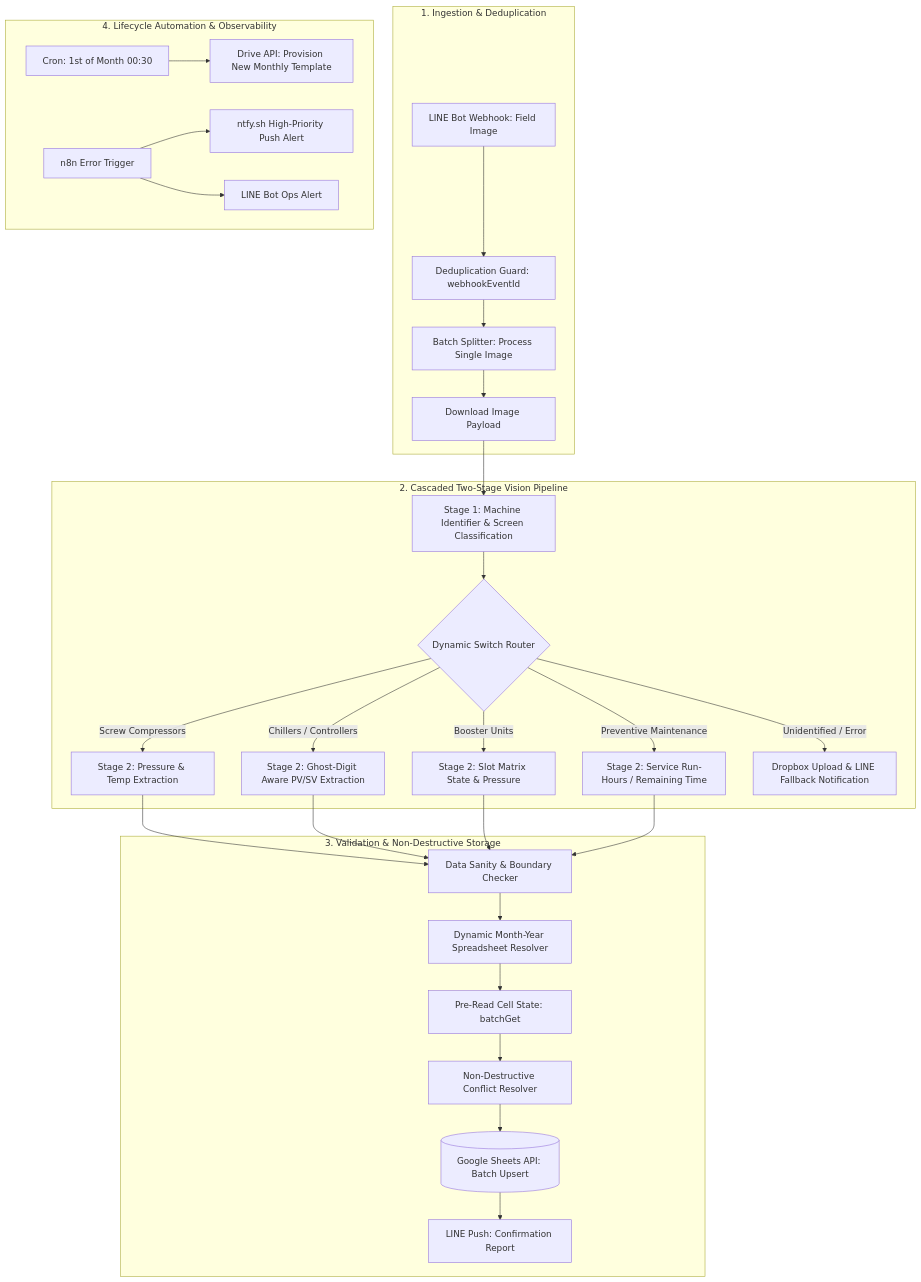
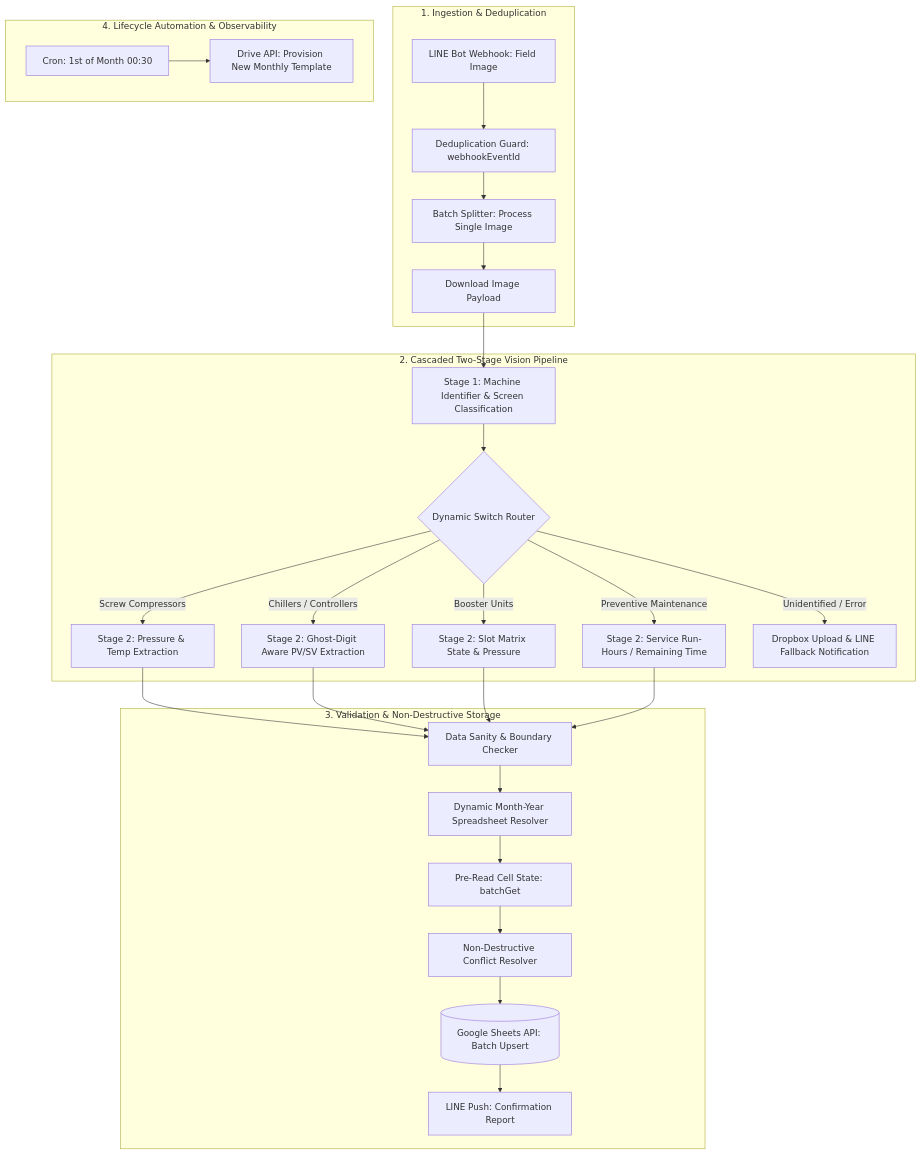
Before and after one commit to Panutle/smart-factory-inspection-vision: the diagram in README.md, drawn with Mermaid. The commit also changed other lines of this file, not shown here.

````diff
--- a/README.md
+++ b/README.md
@@ -17,33 +16,31 @@
 ```mermaid
 flowchart TD
     subgraph IngestionLayer["1. Ingestion & Deduplication"]
         A[LINE Bot Webhook: Field Image] --> B[Deduplication Guard: webhookEventId]
         B --> C[Batch Splitter: Process Single Image]
         C --> D[Download Image Payload]
     end
 
     subgraph TwoStageVision["2. Cascaded Two-Stage Vision Pipeline"]
         D --> E[Stage 1: Machine Identifier & Screen Classification]
         E --> F{Dynamic Switch Router}
         F -->|Screw Compressors| G1[Stage 2: Pressure & Temp Extraction]
         F -->|Chillers / Controllers| G2[Stage 2: Ghost-Digit Aware PV/SV Extraction]
         F -->|Booster Units| G3[Stage 2: Slot Matrix State & Pressure]
         F -->|Preventive Maintenance| G4[Stage 2: Service Run-Hours / Remaining Time]
         F -->|Unidentified / Error| G5[Dropbox Upload & LINE Fallback Notification]
     end
 
     subgraph IntegrityLayer["3. Validation & Non-Destructive Storage"]
         G1 & G2 & G3 & G4 --> H[Data Sanity & Boundary Checker]
         H --> I[Dynamic Month-Year Spreadsheet Resolver]
         I --> J[Pre-Read Cell State: batchGet]
         J --> K[Non-Destructive Conflict Resolver]
         K --> L[(Google Sheets API: Batch Upsert)]
         L --> M[LINE Push: Confirmation Report]
     end
 
     subgraph LifecycleObservability["4. Lifecycle Automation & Observability"]
         N[Cron: 1st of Month 00:30] --> O[Drive API: Provision New Monthly Template]
-        P[n8n Error Trigger] --> Q[ntfy.sh High-Priority Push Alert]
-        P --> R[LINE Bot Ops Alert]
     end
 ```
````
